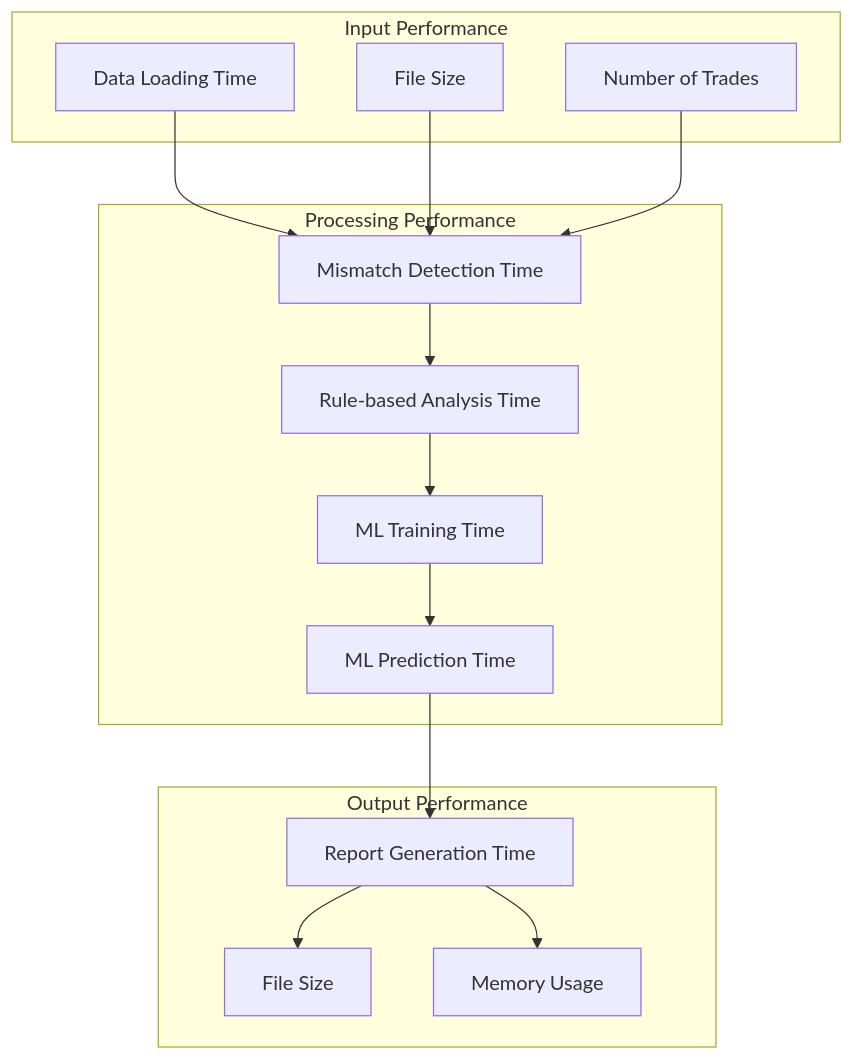
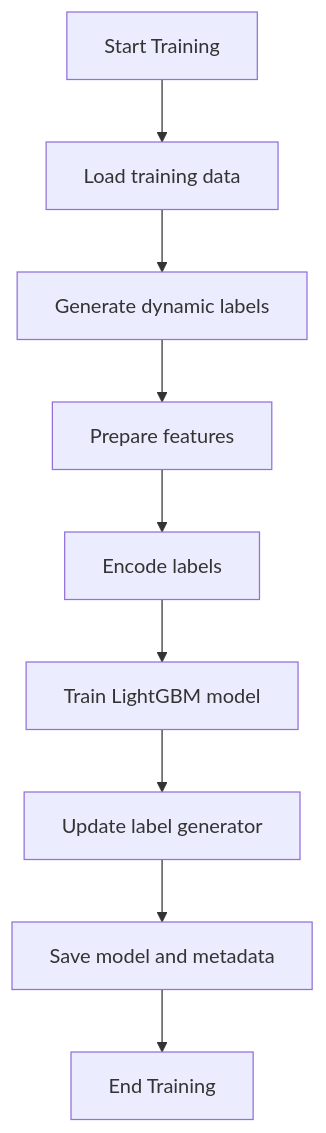
Diagram 13 of 30 in docs/DIAGRAMS.md (ksmadhavareddy/recon-ai), drawn with Mermaid before and after one commit. The commit also changed other lines of this file and 14 other files, not shown here.

````diff
--- a/docs/DIAGRAMS.md
+++ b/docs/DIAGRAMS.md
@@ -361,31 +344,11 @@
 ```mermaid
 graph TD
-    subgraph "Input Performance"
-        A[Data Loading Time]
-        B[File Size]
-        C[Number of Trades]
-    end
-    
-    subgraph "Processing Performance"
-        D[Mismatch Detection Time]
-        E[Rule-based Analysis Time]
-        F[ML Training Time]
-        G[ML Prediction Time]
-    end
-    
-    subgraph "Output Performance"
-        H[Report Generation Time]
-        I[File Size]
-        J[Memory Usage]
-    end
-    
-    A --> D
-    B --> D
-    C --> D
-    D --> E
-    E --> F
-    F --> G
-    G --> H
-    H --> I
-    H --> J
+    A[Start Training] --> B[Load training data]
+    B --> C[Generate dynamic labels]
+    C --> D[Prepare features]
+    D --> E[Encode labels]
+    E --> F[Train LightGBM model]
+    F --> G[Update label generator]
+    G --> H[Save model and metadata]
+    H --> I[End Training]
 ```
````
